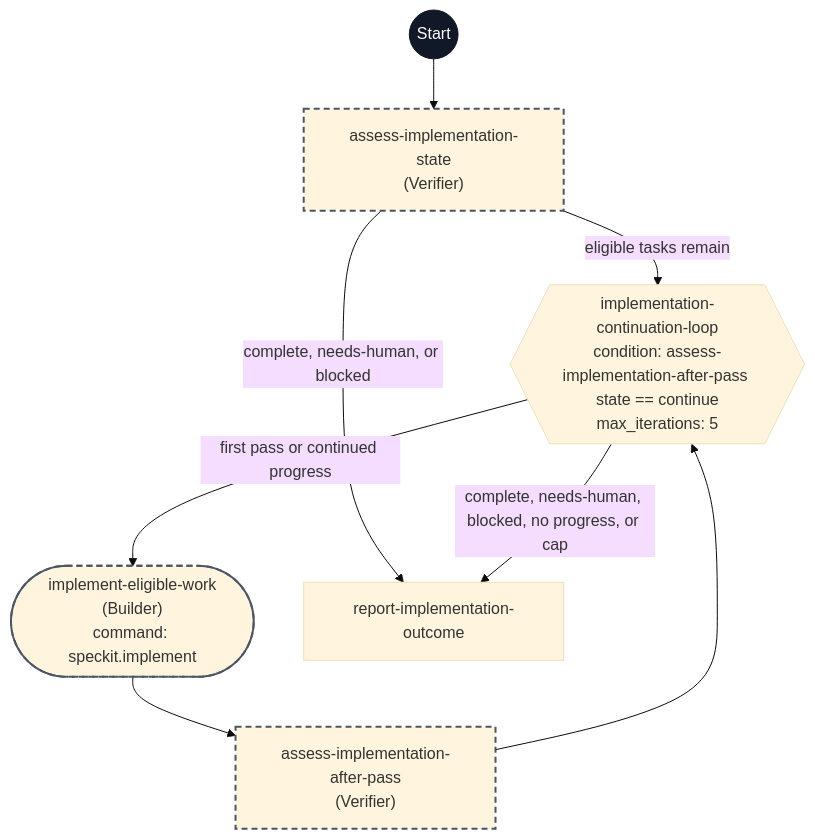
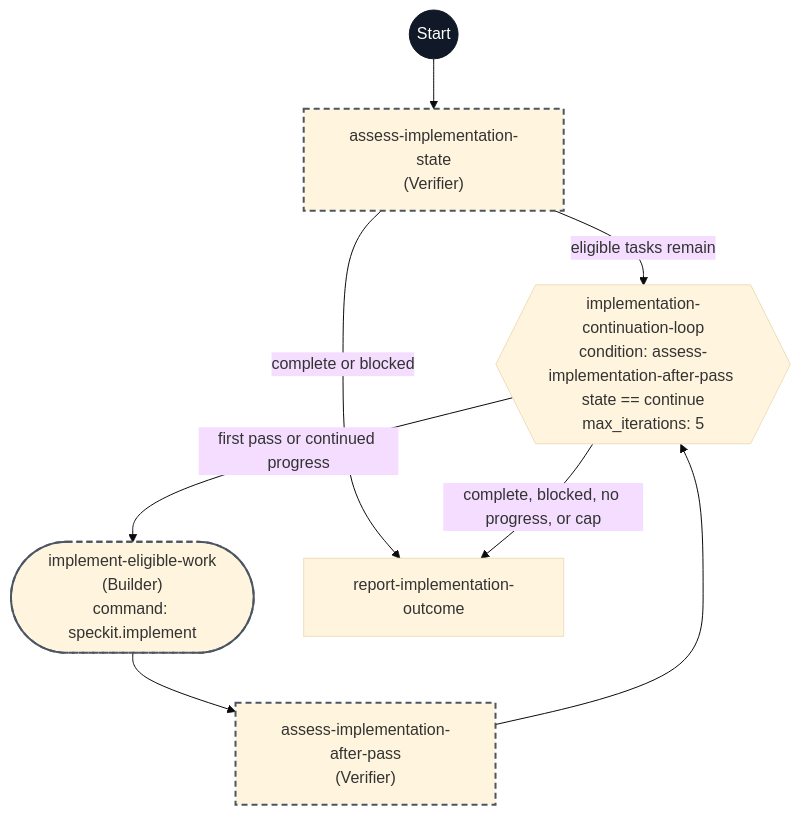
Before and after one commit to pegagio/spec-kit-flow: the diagram in workflows/speckit-flow-implement/flowchart.md, drawn with Mermaid (base theme). The commit also changed 24 other files, not shown here.

````diff
--- a/workflows/speckit-flow-implement/flowchart.md
+++ b/workflows/speckit-flow-implement/flowchart.md
@@ -7,20 +7,20 @@
 ```mermaid
 flowchart TD
     start((Start))
     initial["assess-implementation-state<br/>(Verifier)"]
     loop{{"implementation-continuation-loop<br/>condition: assess-implementation-after-pass state == continue<br/>max_iterations: 5"}}
     implement(["implement-eligible-work<br/>(Builder)<br/>command: speckit.implement"])
     assess["assess-implementation-after-pass<br/>(Verifier)"]
     report["report-implementation-outcome"]
 
     start --> initial
     initial -- eligible tasks remain --> loop
-    initial -- complete, needs-human, or blocked --> report
+    initial -- complete or blocked --> report
     loop -- first pass or continued progress --> implement
     implement --> assess --> loop
-    loop -- complete, needs-human, blocked, no progress, or cap --> report
+    loop -- complete, blocked, no progress, or cap --> report
 
     classDef delegated stroke:#4b5563,stroke-width:2px,stroke-dasharray:6 4
     class initial,implement,assess delegated
     style start fill:#111827,stroke:#111827,color:#ffffff
 ```
````
